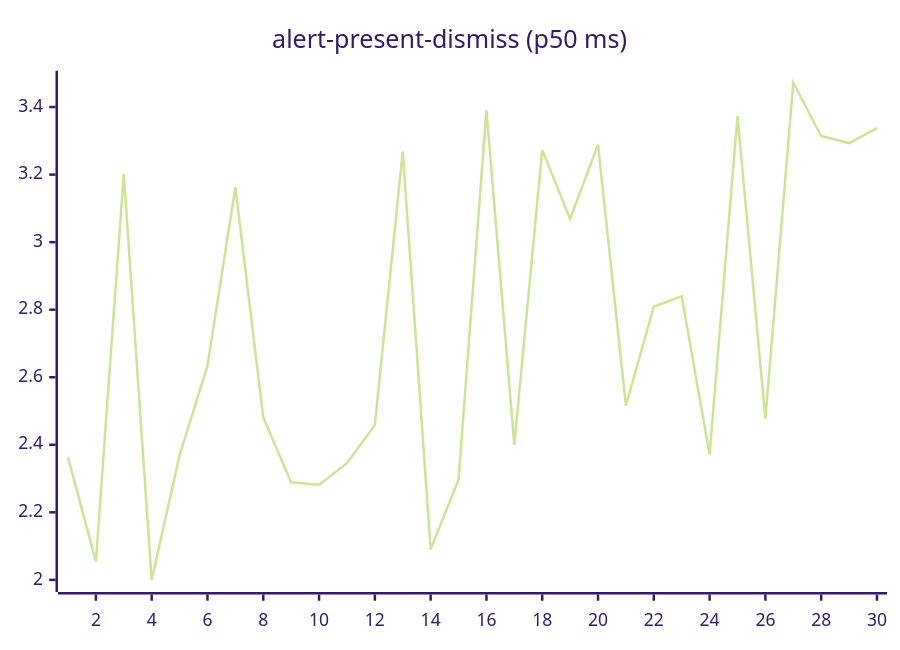
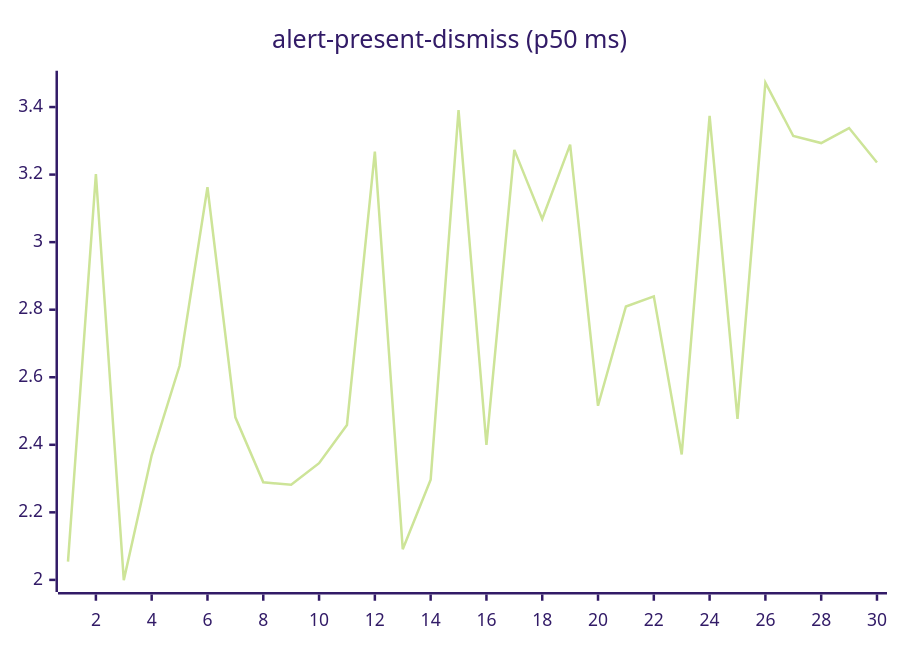
The second of 27 diagrams in README.md (josha/Facet), drawn with Mermaid (forest theme) before and after one commit. The commit also changed other lines of this file and 2 other files, not shown here.

````diff
--- a/README.md
+++ b/README.md
@@ -70,6 +70,6 @@
 ```mermaid
 xychart-beta
     title "alert-present-dismiss (p50 ms)"
     x-axis 1 --> 30
-    line [2.3626, 2.0543, 3.2013, 1.9993, 2.3689, 2.6340, 3.1626, 2.4814, 2.2888, 2.2819, 2.3455, 2.4588, 3.2682, 2.0908, 2.2965, 3.3910, 2.4000, 3.2732, 3.0684, 3.2888, 2.5156, 2.8095, 2.8395, 2.3714, 3.3741, 2.4770, 3.4723, 3.3142, 3.2934, 3.3378]
+    line [2.0543, 3.2013, 1.9993, 2.3689, 2.6340, 3.1626, 2.4814, 2.2888, 2.2819, 2.3455, 2.4588, 3.2682, 2.0908, 2.2965, 3.3910, 2.4000, 3.2732, 3.0684, 3.2888, 2.5156, 2.8095, 2.8395, 2.3714, 3.3741, 2.4770, 3.4723, 3.3142, 3.2934, 3.3378, 3.2358]
 ```
````
